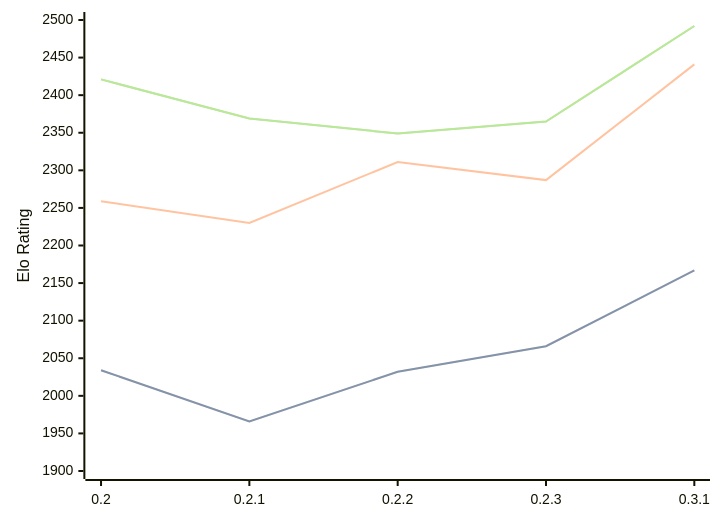
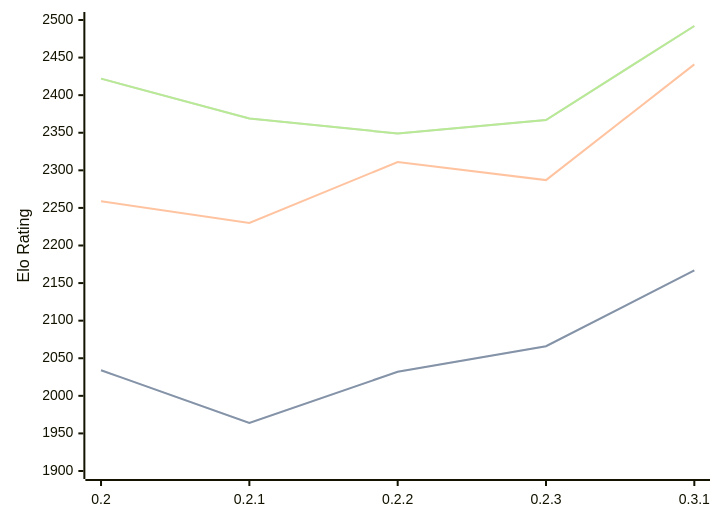
The diagram in engines/Lolbot.md (computer-chess-index/cci), drawn with Mermaid before and after one commit. The commit also changed other lines of this file, not shown here.

Commit message:
Update CCI Ratings (ELO VLTC) - 2026-05-14

````diff
--- a/engines/Lolbot.md
+++ b/engines/Lolbot.md
@@ -36,11 +36,11 @@
 ```mermaid
 %%{init: {"theme":"base","themeVariables":{"seriesColors:['#a3a3a3','#222221','#faa371']}}}%%
 xychart-beta
   x-axis ["0.2", "0.2.1", "0.2.2", "0.2.3", "0.3.1"]
   y-axis "Elo Rating" 1900 --> 2500
-  line "STC (8.0+0.08s)" [2034, 1966, 2032, 2066, 2167]
-  line "STC (8.0+0.08s)" [2034, 1966, 2032, 2066, 2167]
+  line "STC (8.0+0.08s)" [2034, 1964, 2032, 2066, 2167]
+  line "STC (8.0+0.08s)" [2034, 1964, 2032, 2066, 2167]
   line "LTC (60.0+0.60s)" [2259, 2230, 2311, 2287, 2441]
-  line "VLTC (2m24s+1.12s)" [2421, 2369, 2349, 2365, 2492]
-  line "VLTC (2m24s+1.12s)" [2421, 2369, 2349, 2365, 2492]
+  line "VLTC (2m24s+1.12s)" [2422, 2369, 2349, 2367, 2492]
+  line "VLTC (2m24s+1.12s)" [2422, 2369, 2349, 2367, 2492]
 ```
````
